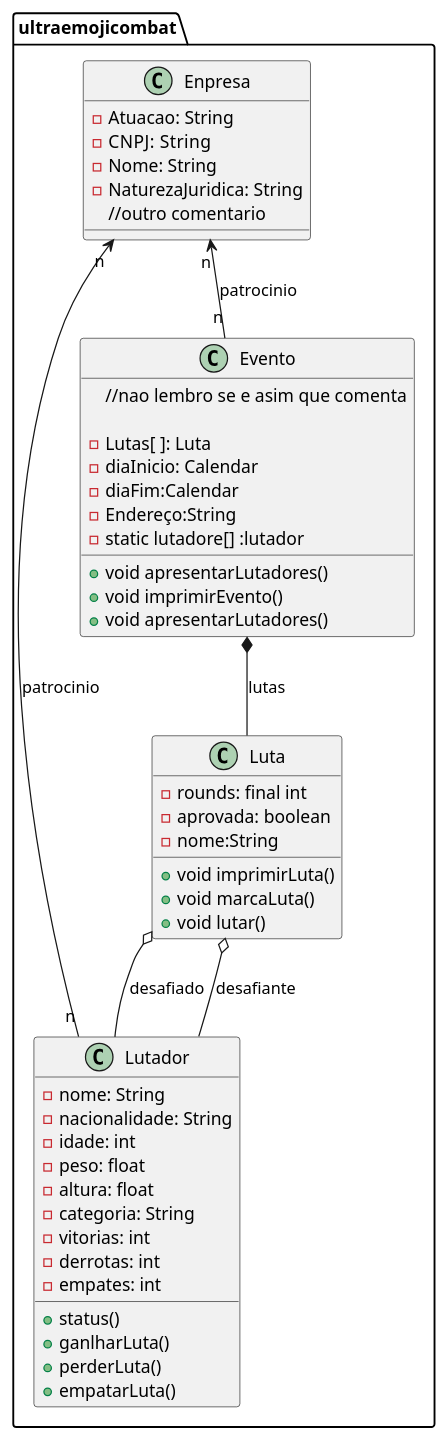
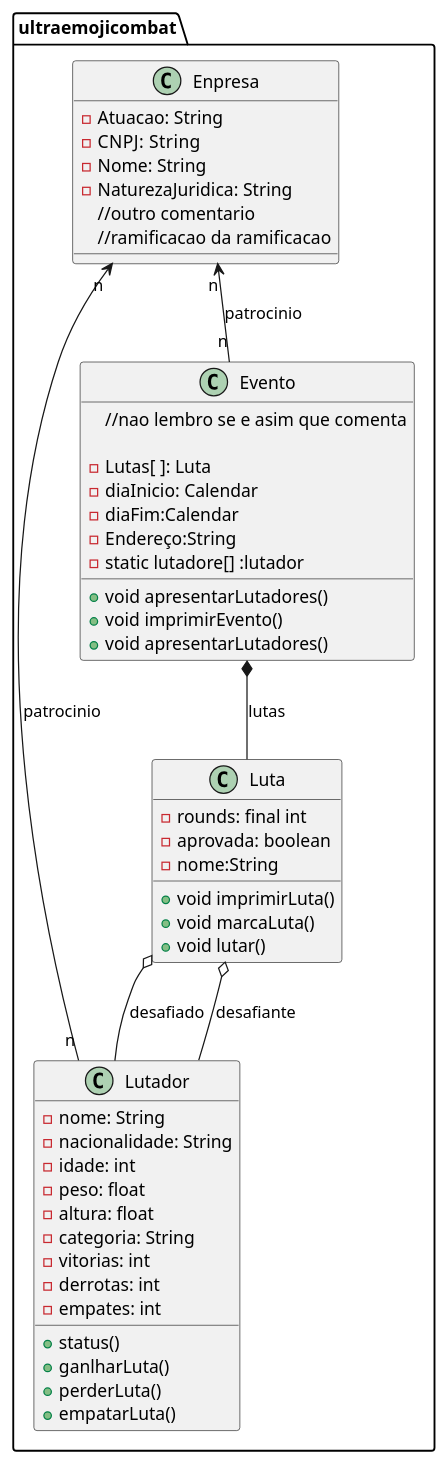
Before and after one commit to guisiq/ultraemojicombat: the diagram in exercicio.wsd, drawn with PlantUML.

Commit message:
ramificacao da ramificacao

```diff
--- a/exercicio.wsd
+++ b/exercicio.wsd
@@ -1,53 +1,54 @@
 @startuml exercicio
 package  ultraemojicombat <<folder>>{
 
     class Lutador{
         - nome: String
         - nacionalidade: String
         - idade: int   
         - peso: float 
         - altura: float 
         - categoria: String
         - vitorias: int   
         - derrotas: int   
         - empates: int   
 
         + status()
         + ganlharLuta()
         + perderLuta()
         + empatarLuta()    
     }
     class Luta{
         - rounds: final int
         - aprovada: boolean
         - nome:String
         + void imprimirLuta()
         + void marcaLuta()
         + void lutar()
     }
     class Enpresa{
         - Atuacao: String
         - CNPJ:  String
         - Nome: String
         - NaturezaJuridica: String
         //outro comentario
+        //ramificacao da ramificacao
     }
     class Evento{
         //nao lembro se e asim que comenta 
 
         - Lutas[ ]: Luta
         - diaInicio: Calendar
         - diaFim:Calendar
         - Endereço:String
         - static lutadore[] :lutador
         + void apresentarLutadores()
         + void imprimirEvento()
         + void apresentarLutadores()
     }
     Evento *-- Luta: lutas
     Luta o-- Lutador: desafiado
     Luta o-- Lutador: desafiante
     Enpresa "n" <-- "n" Lutador :patrocinio
     Enpresa "n" <-- "n" Evento  :patrocinio
 }
 @enduml
```
